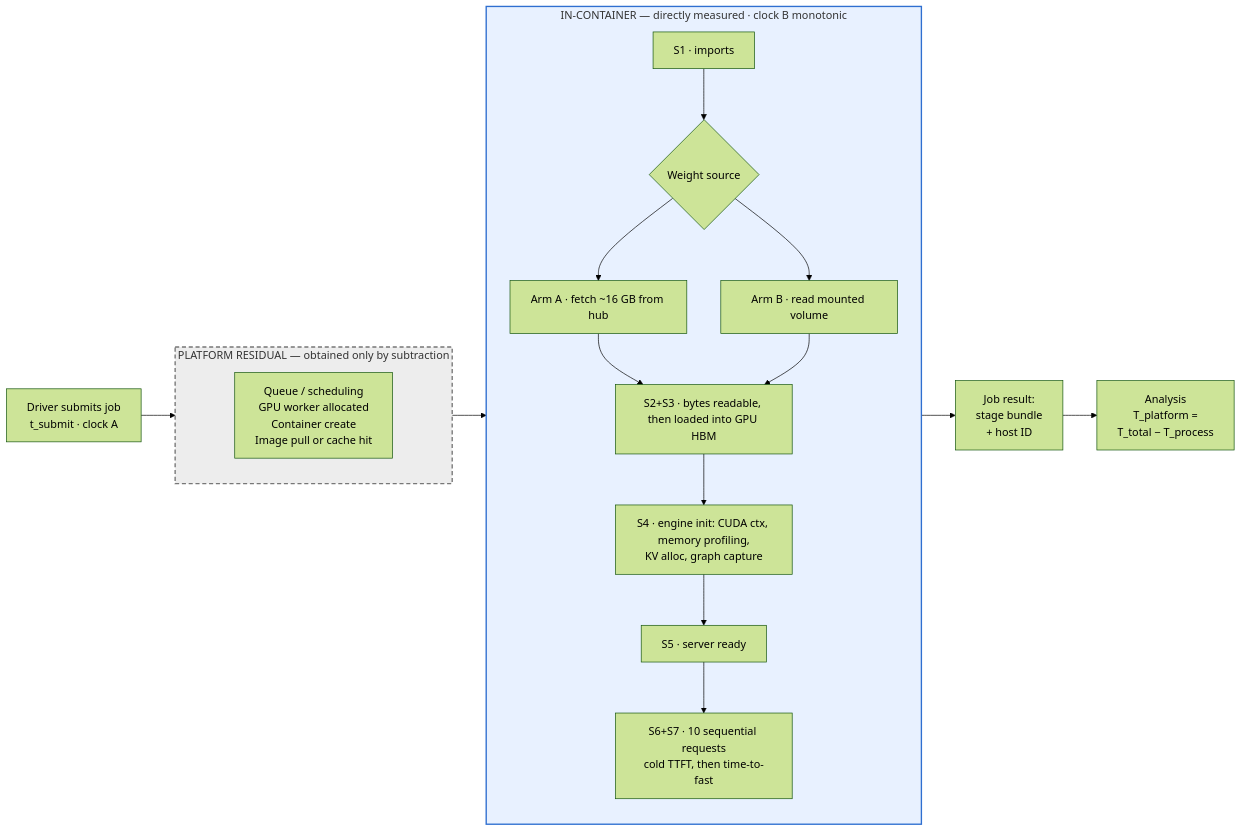
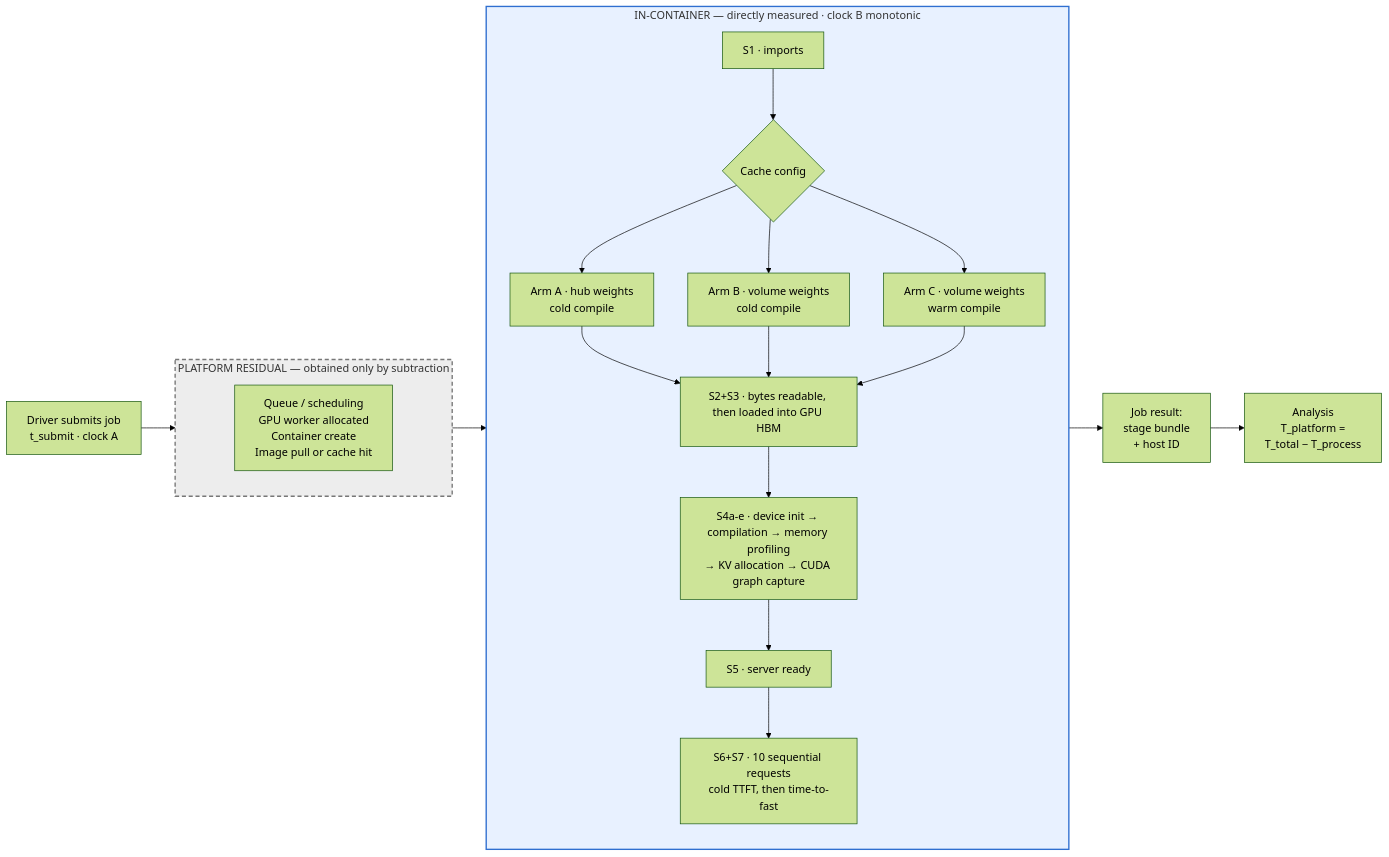
Before and after one commit to alexostapiuk11/coldstart-recon-worker: the first of 2 diagrams in docs/superpowers/specs/2026-08-17-cold-start-decomposition-design.md, drawn with Mermaid (forest theme). The commit also changed other lines of this file, not shown here.

````diff
--- a/docs/superpowers/specs/2026-08-17-cold-start-decomposition-design.md
+++ b/docs/superpowers/specs/2026-08-17-cold-start-decomposition-design.md
@@ -162,33 +167,35 @@
 ```mermaid
 flowchart LR
     SUB["Driver submits job<br/>t_submit · clock A"]
 
     subgraph PLAT["PLATFORM RESIDUAL — obtained only by subtraction"]
         direction TB
         P["Queue / scheduling<br/>GPU worker allocated<br/>Container create<br/>Image pull or cache hit"]
     end
 
     subgraph CONT["IN-CONTAINER — directly measured · clock B monotonic"]
         direction TB
         C1["S1 · imports"]
-        C2{"Weight source"}
-        C3A["Arm A · fetch ~16 GB from hub"]
-        C3B["Arm B · read mounted volume"]
+        C2{"Cache config"}
+        C3A["Arm A · hub weights<br/>cold compile"]
+        C3B["Arm B · volume weights<br/>cold compile"]
+        C3C["Arm C · volume weights<br/>warm compile"]
         C4["S2+S3 · bytes readable, then loaded into GPU HBM"]
-        C5["S4 · engine init: CUDA ctx, memory profiling,<br/>KV alloc, graph capture"]
+        C5["S4a-e · device init → compilation → memory profiling<br/>→ KV allocation → CUDA graph capture"]
         C6["S5 · server ready"]
         C7["S6+S7 · 10 sequential requests<br/>cold TTFT, then time-to-fast"]
         C1 --> C2
         C2 --> C3A --> C4
         C2 --> C3B --> C4
+        C2 --> C3C --> C4
         C4 --> C5 --> C6 --> C7
     end
 
     OUT["Job result:<br/>stage bundle<br/>+ host ID"]
     ANA["Analysis<br/>T_platform =<br/>T_total − T_process"]
 
     SUB --> PLAT --> CONT --> OUT --> ANA
 
     style PLAT fill:#ededed,stroke:#777777,stroke-width:2px,stroke-dasharray:6 4
     style CONT fill:#e8f1ff,stroke:#2f6fd0,stroke-width:2px
 ```
````
